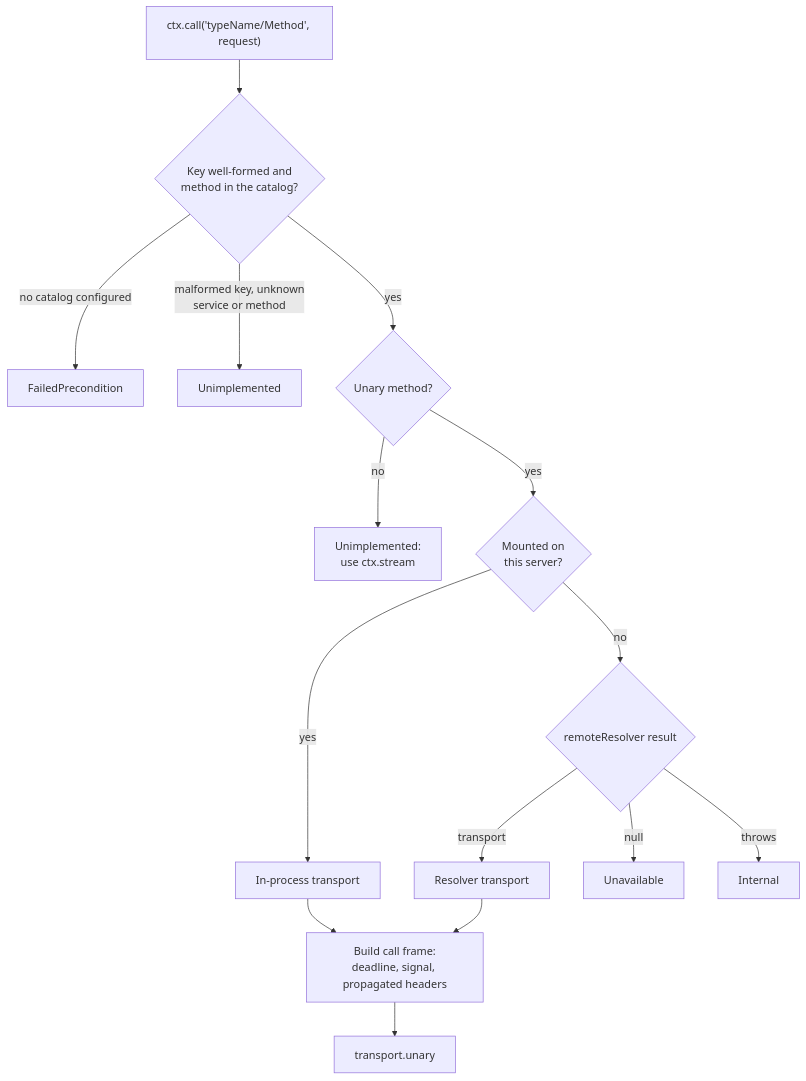
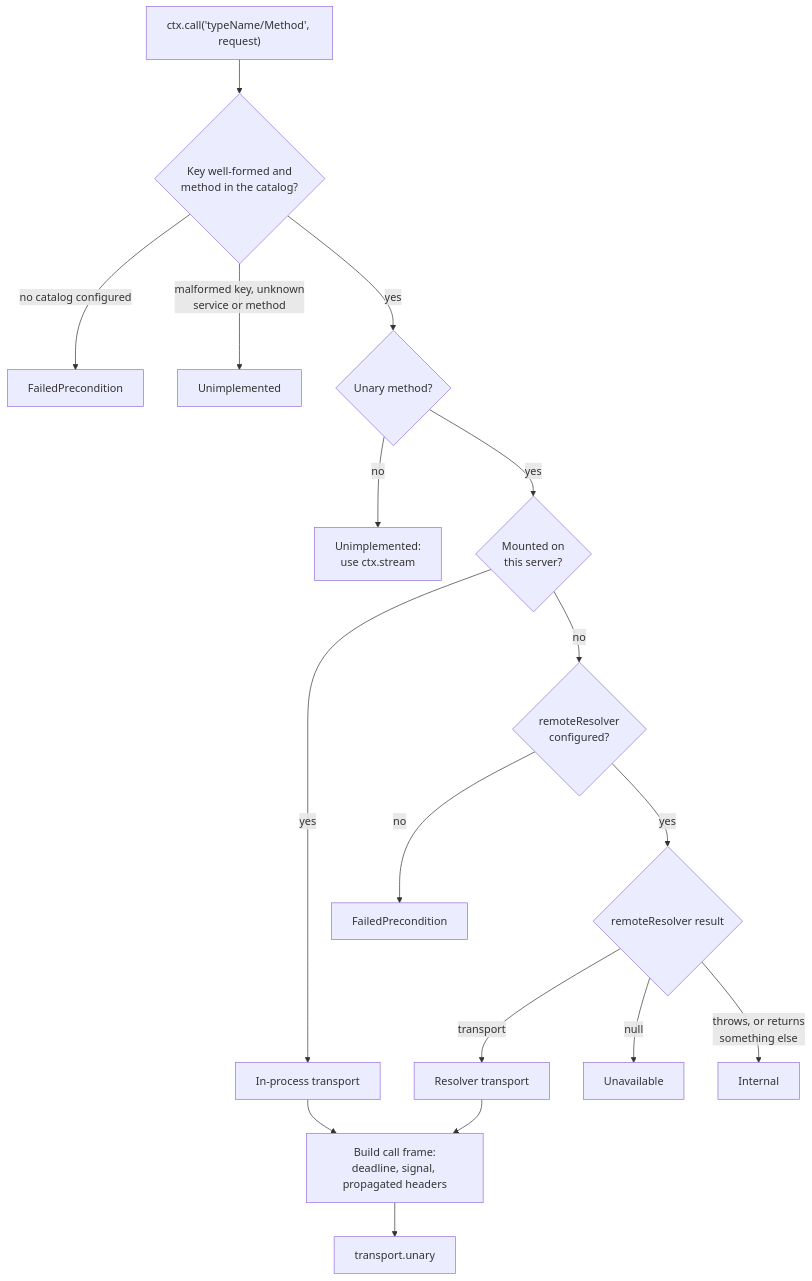
Before and after one commit to Connectum-Framework/docs: the diagram in en/guide/service-communication/service-catalog.md, drawn with Mermaid. The commit also changed other lines of this file and 1 other file, not shown here.

````diff
--- a/en/guide/service-communication/service-catalog.md
+++ b/en/guide/service-communication/service-catalog.md
@@ -127,24 +129,27 @@
 ```mermaid
 flowchart TD
     Call["ctx.call('typeName/Method', request)"] --> Lookup{"Key well-formed and<br/>method in the catalog?"}
     Lookup -->|"no catalog configured"| E0["FailedPrecondition"]
     Lookup -->|"malformed key, unknown<br/>service or method"| E1["Unimplemented"]
     Lookup -->|"yes"| Kind{"Unary method?"}
     Kind -->|"no"| E2["Unimplemented:<br/>use ctx.stream"]
     Kind -->|"yes"| Local{"Mounted on<br/>this server?"}
     Local -->|"yes"| InProc["In-process transport"]
-    Local -->|"no"| Resolver{"remoteResolver result"}
+    Local -->|"no"| HasResolver{"remoteResolver<br/>configured?"}
+    HasResolver -->|"no"| E5["FailedPrecondition"]
+    HasResolver -->|"yes"| Resolver{"remoteResolver result"}
     Resolver -->|"transport"| Remote["Resolver transport"]
     Resolver -->|"null"| E3["Unavailable"]
-    Resolver -->|"throws"| E4["Internal"]
+    Resolver -->|"throws, or returns<br/>something else"| E4["Internal"]
     InProc --> Frame["Build call frame:<br/>deadline, signal, propagated headers"]
     Remote --> Frame
     Frame --> Send["transport.unary"]
 
     class Resolver accent
     class E0 critical
     class E1 critical
     class E2 critical
     class E3 warning
     class E4 critical
+    class E5 critical
 ```
````
